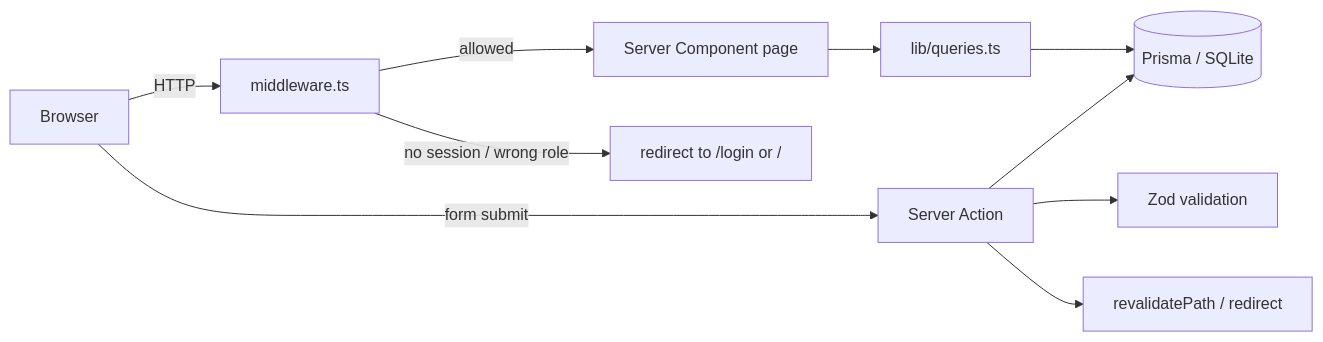
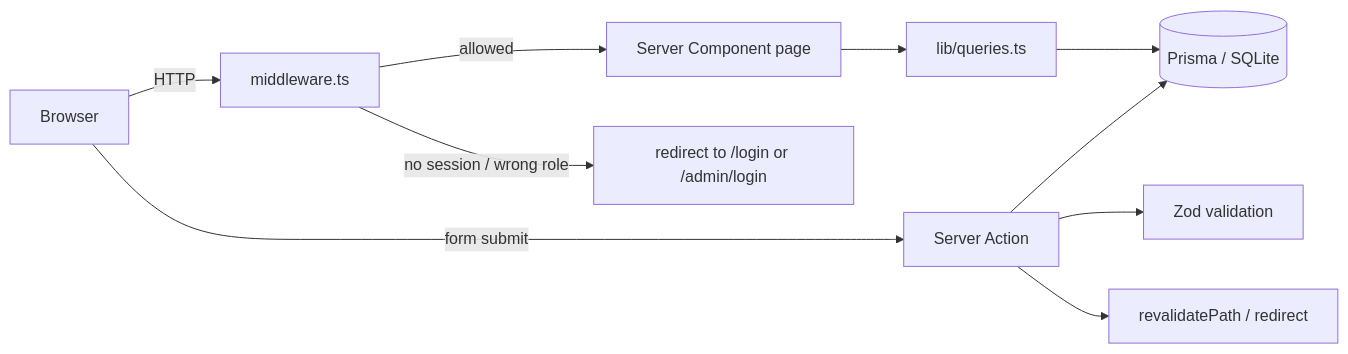
Before and after one commit to brijwanthjakhotia/model-hub: the diagram in docs/architecture.md, drawn with Mermaid. The commit also changed other lines of this file and 28 other files, not shown here.

````diff
--- a/docs/architecture.md
+++ b/docs/architecture.md
@@ -11,12 +11,12 @@
 ```mermaid
 flowchart LR
   Browser -->|HTTP| MW[middleware.ts]
   MW -->|allowed| RSC[Server Component page]
-  MW -->|no session / wrong role| Redirect[redirect to /login or /]
+  MW -->|no session / wrong role| Redirect[redirect to /login or /admin/login]
   RSC --> Q[lib/queries.ts]
   Q --> Prisma[(Prisma / SQLite)]
   Browser -->|form submit| SA[Server Action]
   SA --> V[Zod validation]
   SA --> Prisma
   SA --> RV[revalidatePath / redirect]
 ```
````
